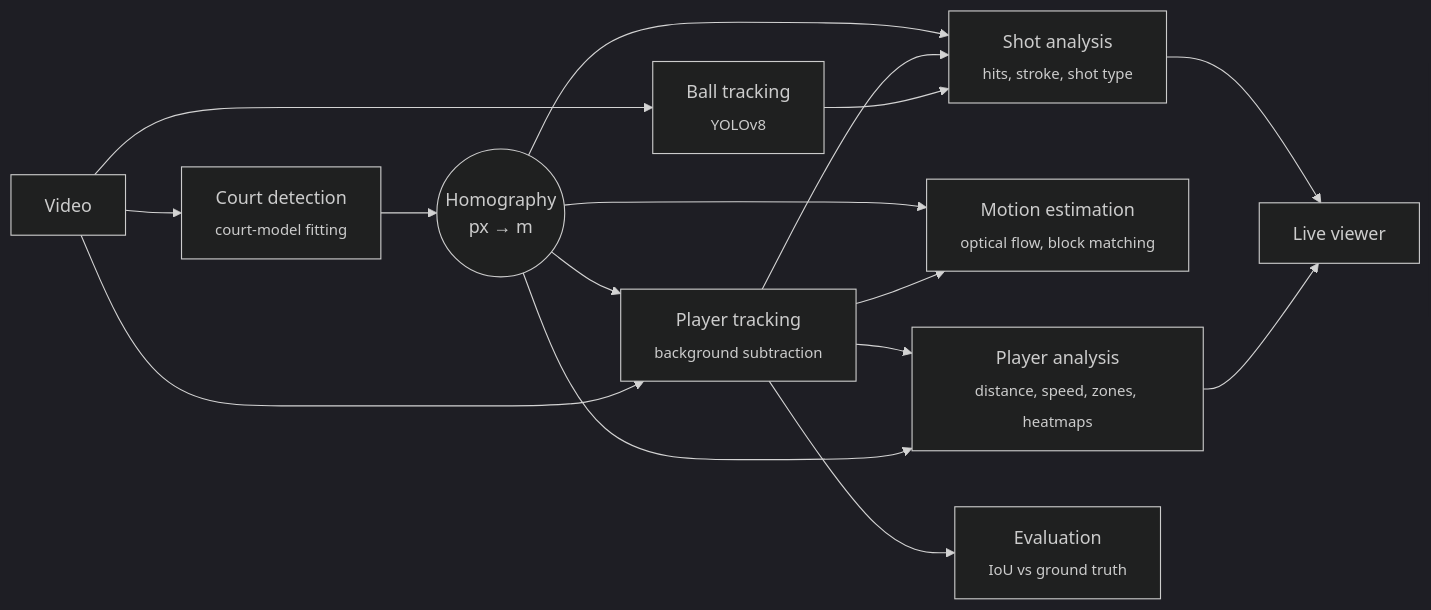
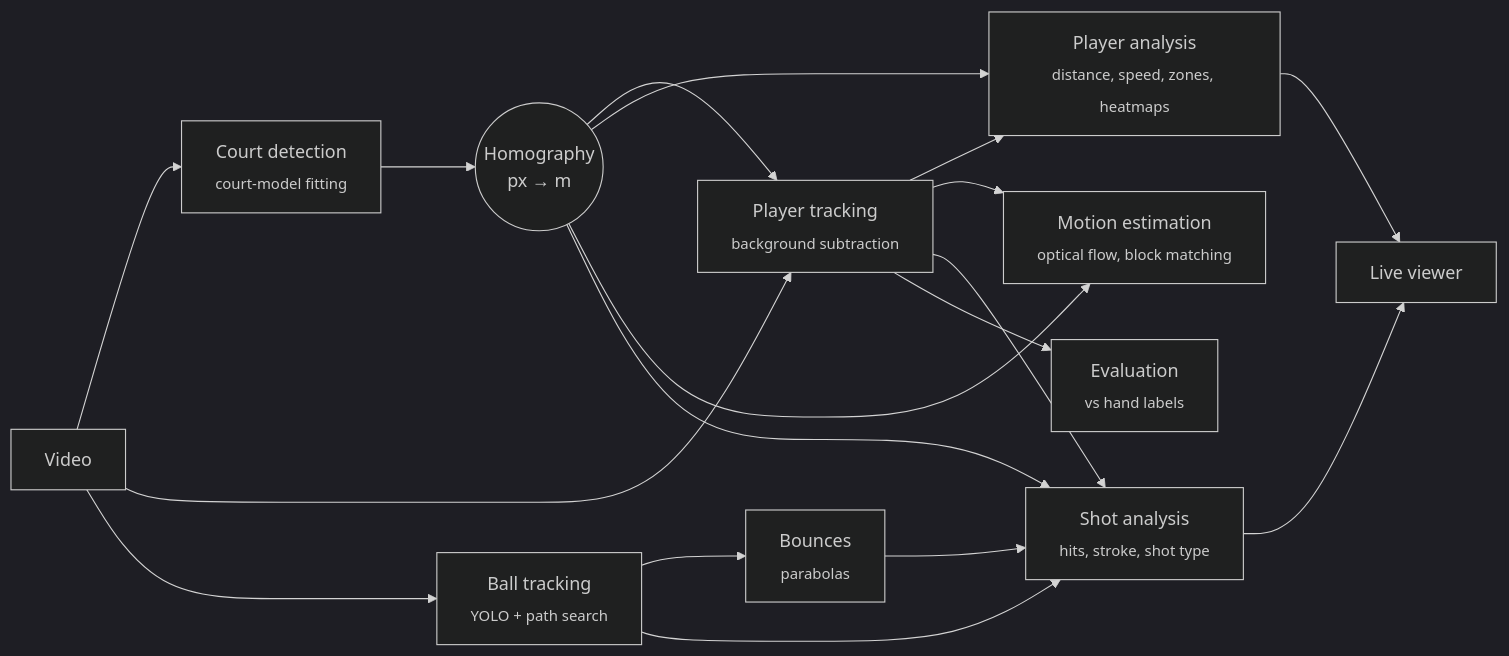
One commit to marcomassa-unitn/tennis_players_tracking changed the diagram in README.md. Above: the diagram before and after it, drawn with Mermaid (dark theme). The commit also changed other lines of this file and 8 other files, not shown here.

````diff
--- a/README.md
+++ b/README.md
@@ -101,18 +153,20 @@
 ```mermaid
 flowchart LR
     V[Video] --> C[Court detection<br/><sub>court-model fitting</sub>]
     V --> P[Player tracking<br/><sub>background subtraction</sub>]
-    V --> B[Ball tracking<br/><sub>YOLOv8</sub>]
+    V --> B[Ball tracking<br/><sub>YOLO + path search</sub>]
     C --> H((Homography<br/>px → m))
     H --> P
     H --> PA[Player analysis<br/><sub>distance, speed, zones, heatmaps</sub>]
     P --> PA
     P --> M[Motion estimation<br/><sub>optical flow, block matching</sub>]
     H --> M
-    B --> S[Shot analysis<br/><sub>hits, stroke, shot type</sub>]
+    B --> BD[Bounces<br/><sub>parabolas</sub>]
+    BD --> S[Shot analysis<br/><sub>hits, stroke, shot type</sub>]
+    B --> S
     P --> S
     H --> S
-    P --> E[Evaluation<br/><sub>IoU vs ground truth</sub>]
+    P --> E[Evaluation<br/><sub>vs hand labels</sub>]
     PA --> L[Live viewer]
     S --> L
 ```
````
